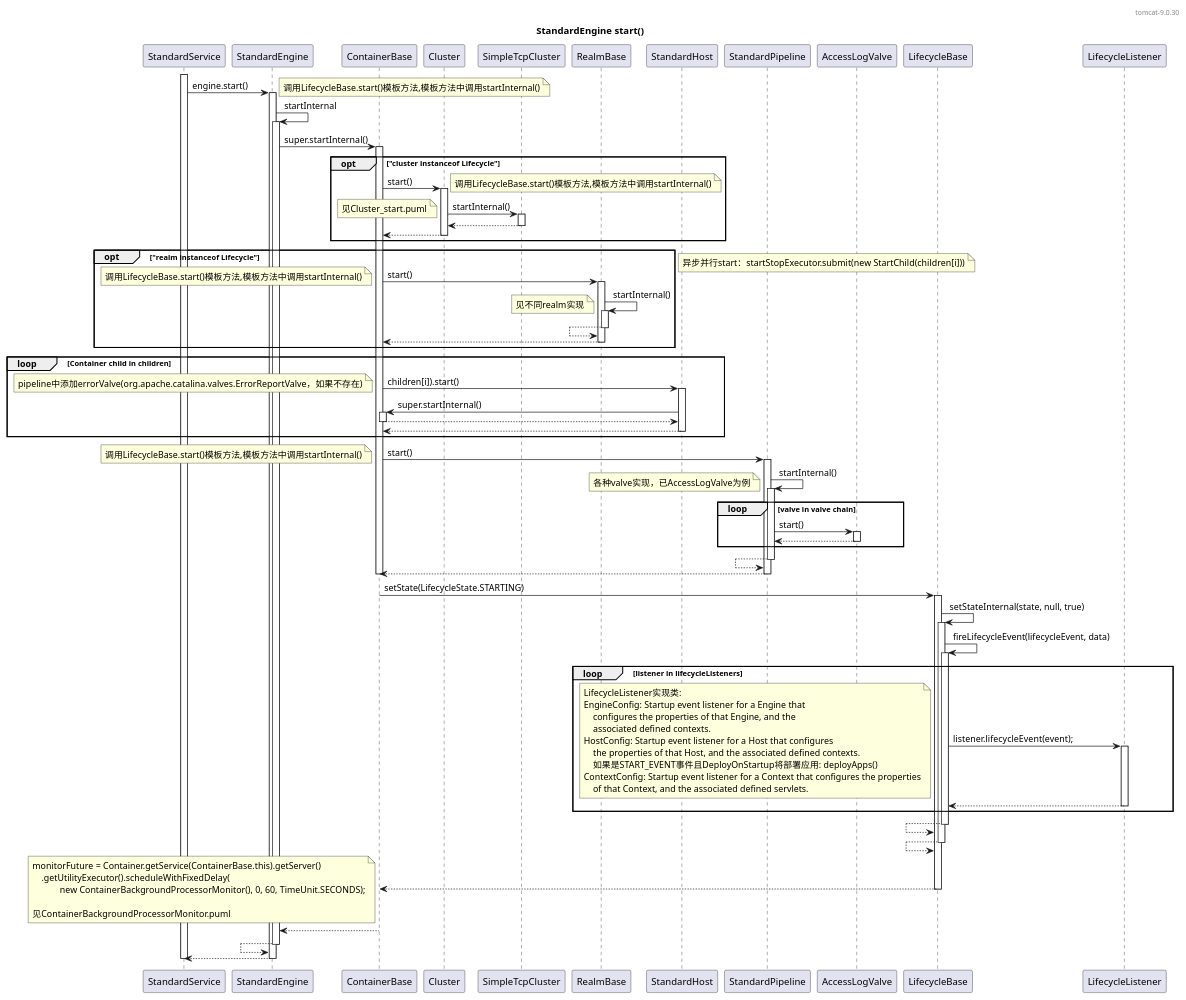
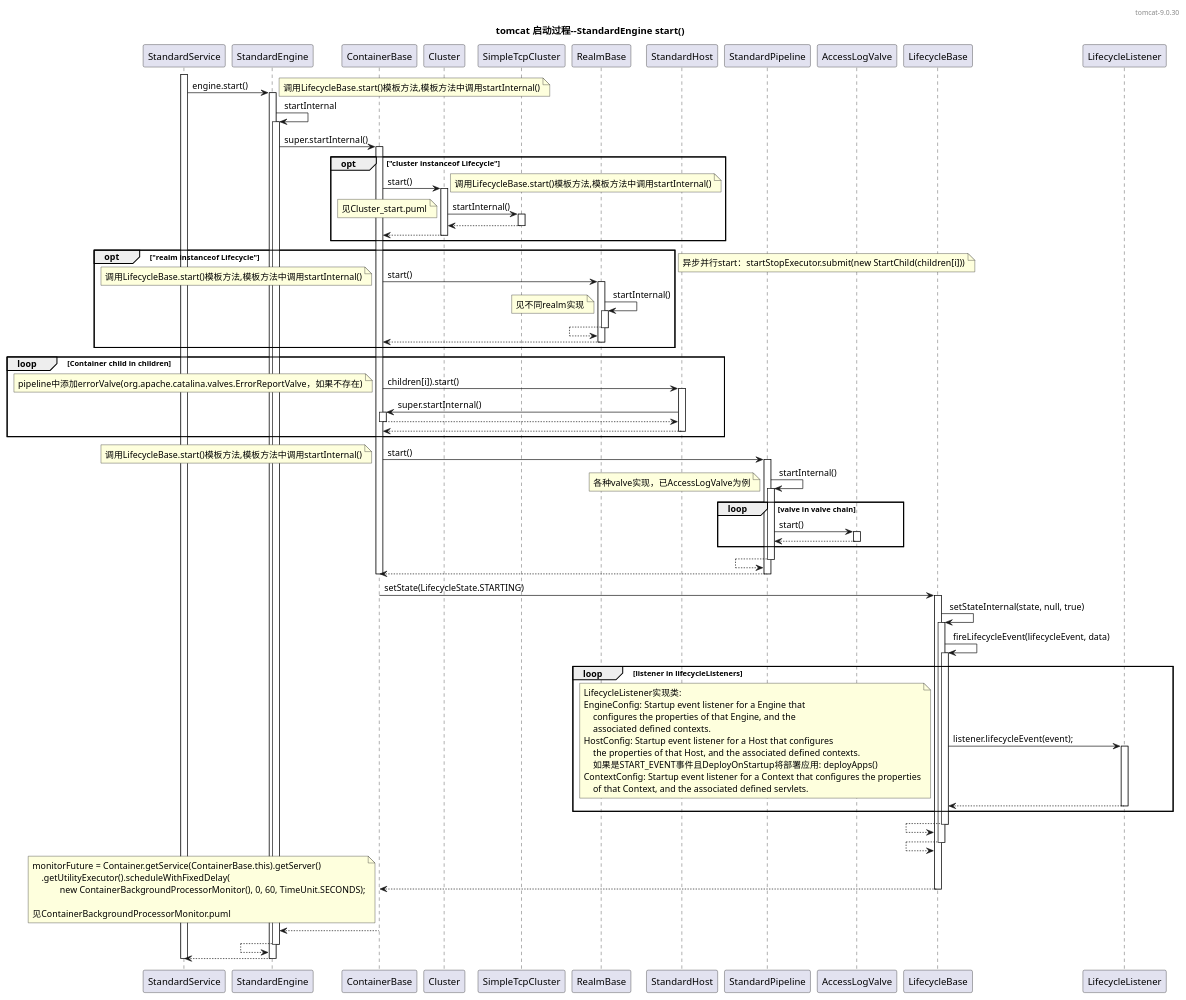
Before and after one commit to zhhongCai/tomcat: the diagram in StandardEngine_start.puml, drawn with PlantUML. The commit also changed 13 other files, not shown here.

Commit message:
流程图

```diff
--- a/StandardEngine_start.puml
+++ b/StandardEngine_start.puml
@@ -1,105 +1,105 @@
 @startuml
 
 header tomcat-9.0.30
 
-title StandardEngine start()
+title tomcat 启动过程--StandardEngine start()
 
 activate StandardService
 StandardService -> StandardEngine++: engine.start()
     note right
         调用LifecycleBase.start()模板方法,模板方法中调用startInternal()
     end note
 
     StandardEngine -> StandardEngine++: startInternal
         StandardEngine -> ContainerBase++: super.startInternal()
             opt "cluster instanceof Lifecycle"
                 ContainerBase -> Cluster++: start()
                     note right
                         调用LifecycleBase.start()模板方法,模板方法中调用startInternal()
                     end note
                     Cluster -> SimpleTcpCluster++: startInternal()
                         note left
                             见Cluster_start.puml
                         end note
                     Cluster <-- SimpleTcpCluster--
                 ContainerBase <-- Cluster--
             end opt
 
             opt "realm instanceof Lifecycle"
                 ContainerBase -> RealmBase++: start()
                     note left
                         调用LifecycleBase.start()模板方法,模板方法中调用startInternal()
                     end note
                     RealmBase -> RealmBase++: startInternal()
                         note left
                             见不同realm实现
                         end note
                     RealmBase <-- RealmBase--
                 ContainerBase <-- RealmBase--
             end opt
 
             loop Container child in children
                 note left
                 异步并行start：startStopExecutor.submit(new StartChild(children[i]))
                 end note
                 ContainerBase ->  StandardHost++: children[i]).start()
                     note left
                     pipeline中添加errorValve(org.apache.catalina.valves.ErrorReportValve，如果不存在)
                     end note
                     StandardHost -> ContainerBase++: super.startInternal()
                     StandardHost <-- ContainerBase--
                 ContainerBase <-- StandardHost--
             end loop
 
             ContainerBase -> StandardPipeline++: start()
                 note left
                     调用LifecycleBase.start()模板方法,模板方法中调用startInternal()
                 end note
                 StandardPipeline -> StandardPipeline++: startInternal()
                 loop valve in valve chain
                     note left
                     各种valve实现，已AccessLogValve为例
                     end note
                     StandardPipeline -> AccessLogValve++: start()
                     StandardPipeline <-- AccessLogValve--
                 end loop
                 StandardPipeline <-- StandardPipeline--
             ContainerBase <-- StandardPipeline--
             deactivate ContainerBase
 
             ContainerBase -> LifecycleBase++: setState(LifecycleState.STARTING)
                 LifecycleBase -> LifecycleBase++: setStateInternal(state, null, true)
                     LifecycleBase -> LifecycleBase++: fireLifecycleEvent(lifecycleEvent, data)
                         loop listener in lifecycleListeners
                             LifecycleBase ->  LifecycleListener++: listener.lifecycleEvent(event);
                                 note left
                                     LifecycleListener实现类:
                                     EngineConfig: Startup event listener for a Engine that
                                         configures the properties of that Engine, and the
                                         associated defined contexts.
                                     HostConfig: Startup event listener for a Host that configures
                                         the properties of that Host, and the associated defined contexts.
                                         如果是START_EVENT事件且DeployOnStartup将部署应用: deployApps()
                                     ContextConfig: Startup event listener for a Context that configures the properties
                                         of that Context, and the associated defined servlets.
                                 end note
                             LifecycleBase <--  LifecycleListener--
                         end loop
                     LifecycleBase <-- LifecycleBase--:
                 LifecycleBase <-- LifecycleBase--:
             ContainerBase <-- LifecycleBase--:
 
             note left
               monitorFuture = Container.getService(ContainerBase.this).getServer()
                   .getUtilityExecutor().scheduleWithFixedDelay(
                           new ContainerBackgroundProcessorMonitor(), 0, 60, TimeUnit.SECONDS);
 
               见ContainerBackgroundProcessorMonitor.puml
             end note
         StandardEngine <-- ContainerBase--
     StandardEngine <-- StandardEngine--
 
 StandardService <-- StandardEngine--
 deactivate StandardService
 
 @enduml
```
